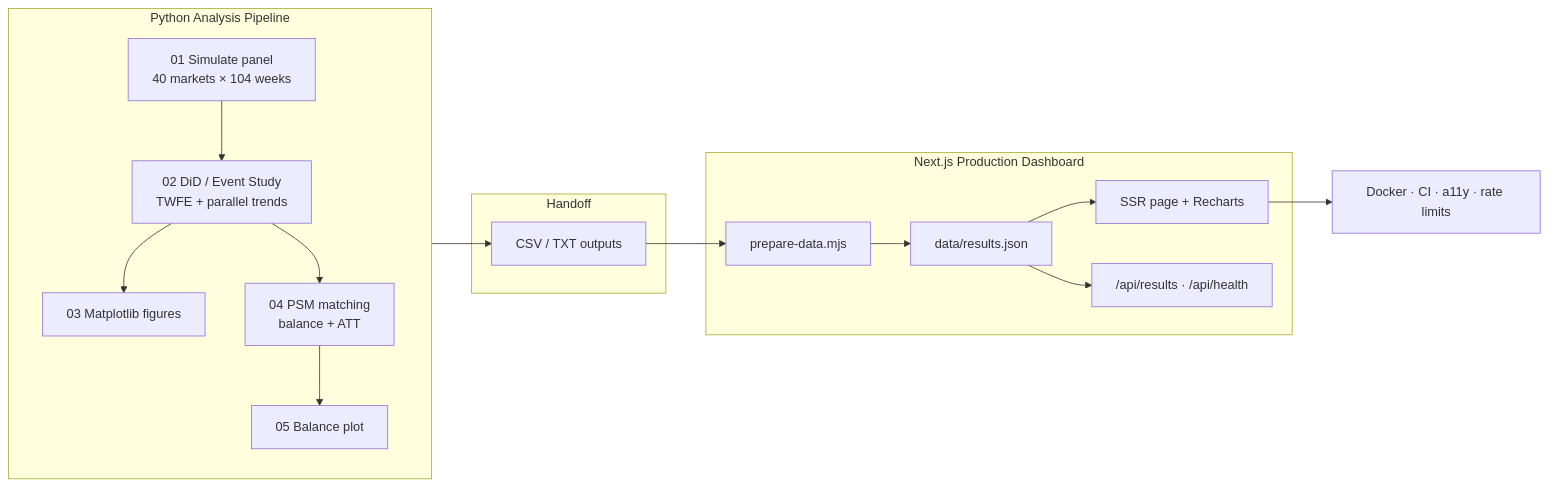
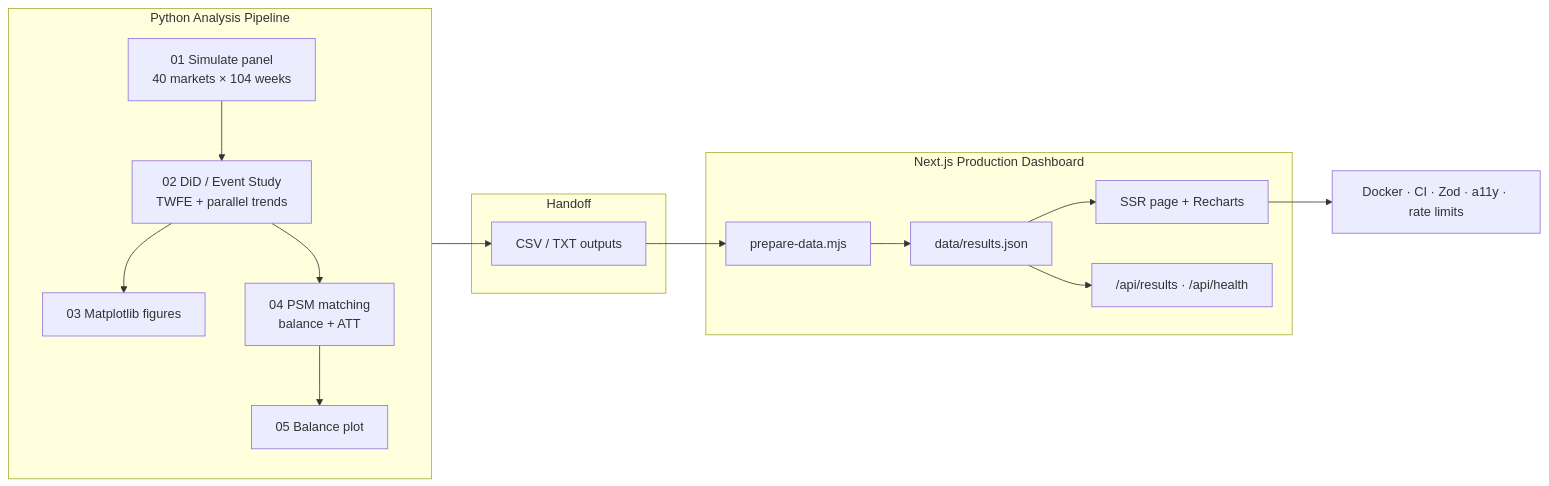
Before and after one commit to ArchanaChetan07/Quasi-Experimental-Causal-Analysis-Platform-: the first of 2 diagrams in README.md, drawn with Mermaid. The commit also changed other lines of this file, not shown here.

Commit message:
Refresh README for ATS: latest results, badges, architecture, and topic tags.

````diff
--- a/README.md
+++ b/README.md
@@ -42,22 +45,22 @@
 ```mermaid
 flowchart LR
   subgraph PY["Python Analysis Pipeline"]
     A["01 Simulate panel<br/>40 markets × 104 weeks"] --> B["02 DiD / Event Study<br/>TWFE + parallel trends"]
     B --> C["03 Matplotlib figures"]
     B --> D["04 PSM matching<br/>balance + ATT"]
     D --> E["05 Balance plot"]
   end
 
   subgraph HANDOFF["Handoff"]
     F["CSV / TXT outputs"]
   end
 
   subgraph WEB["Next.js Production Dashboard"]
     G["prepare-data.mjs"] --> H["data/results.json"]
     H --> I["SSR page + Recharts"]
     H --> J["/api/results · /api/health"]
   end
 
   PY --> F --> G
-  I --> K["Docker · CI · a11y · rate limits"]
+  I --> K["Docker · CI · Zod · a11y · rate limits"]
 ```
````
